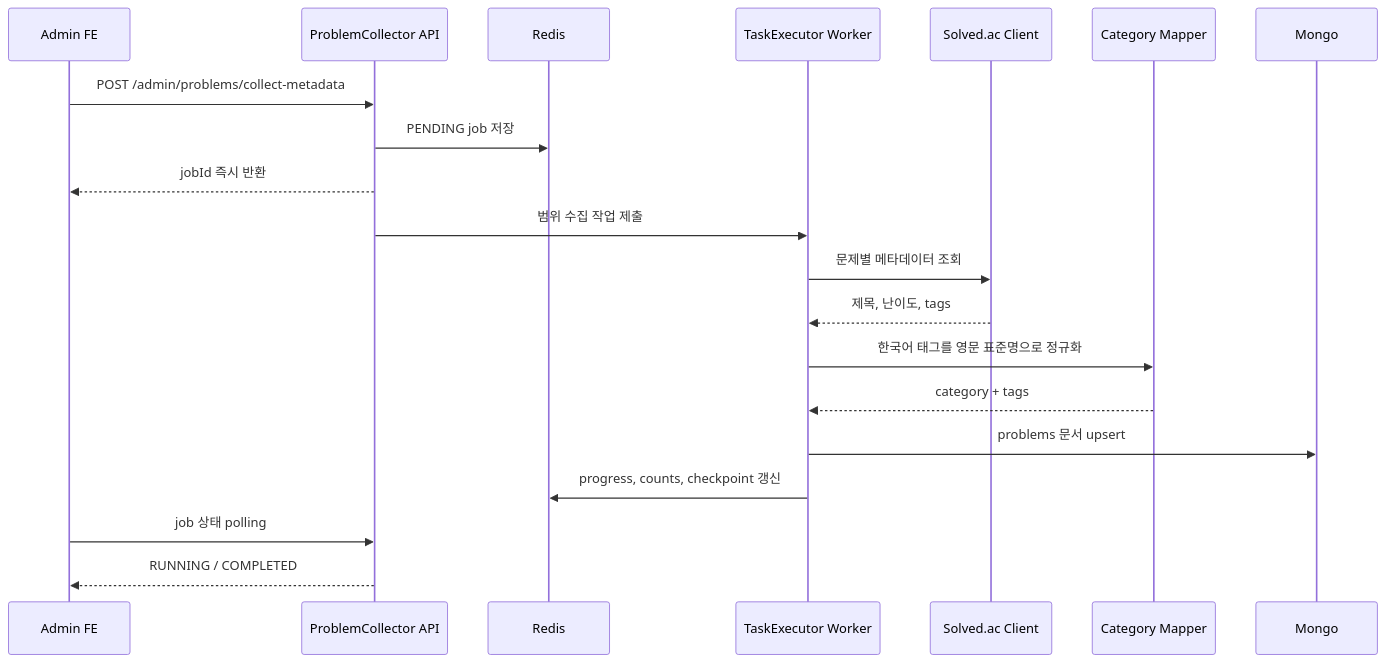
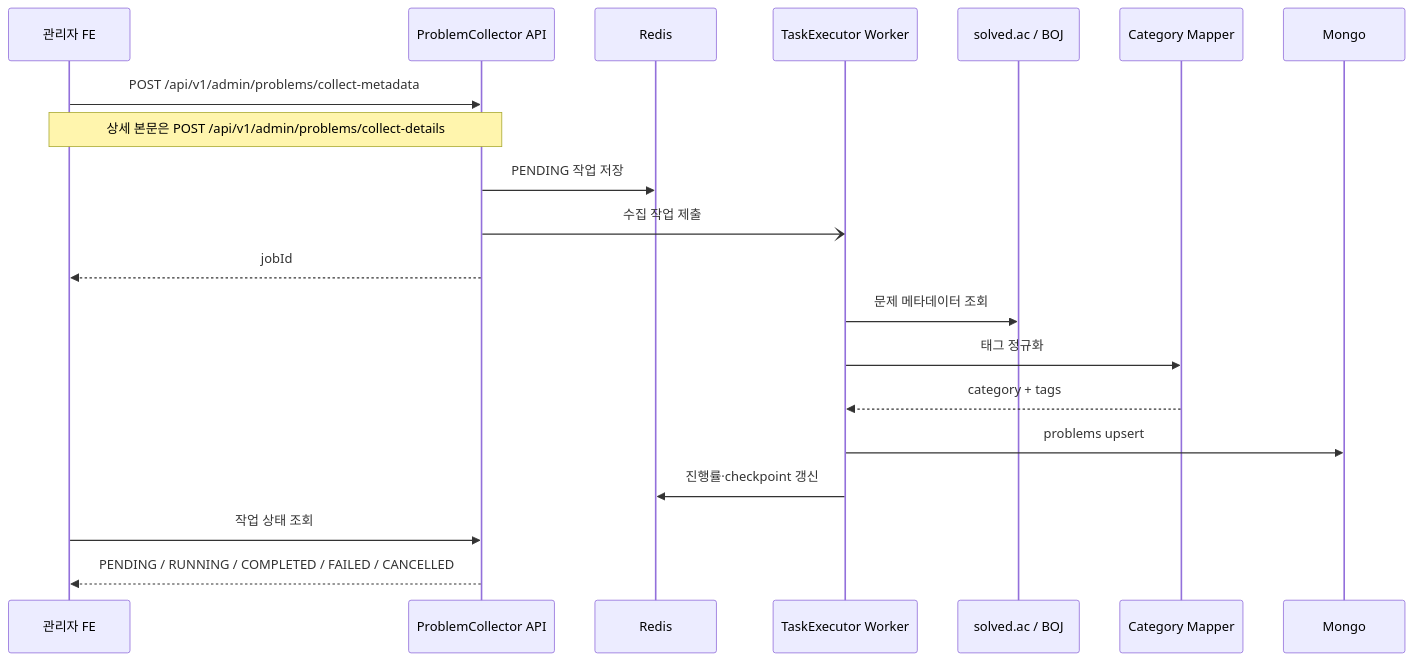
Before and after one commit to didim-log/didim-log-BE: the third of 5 diagrams in README.md, drawn with Mermaid. The commit also changed other lines of this file and 7 other files, not shown here.

````diff
--- a/README.md
+++ b/README.md
@@ -92,23 +123,23 @@
 ```mermaid
 sequenceDiagram
-    participant Admin as Admin FE
+    participant Admin as 관리자 FE
     participant API as ProblemCollector API
     participant Redis
     participant Worker as TaskExecutor Worker
-    participant Solved as Solved.ac Client
+    participant Source as solved.ac / BOJ
     participant Mapper as Category Mapper
     participant Mongo
 
-    Admin->>API: POST /admin/problems/collect-metadata
-    API->>Redis: PENDING job 저장
-    API-->>Admin: jobId 즉시 반환
-    API->>Worker: 범위 수집 작업 제출
-    Worker->>Solved: 문제별 메타데이터 조회
-    Solved-->>Worker: 제목, 난이도, tags
-    Worker->>Mapper: 한국어 태그를 영문 표준명으로 정규화
+    Admin->>API: POST /api/v1/admin/problems/collect-metadata
+    Note over Admin,API: 상세 본문은 POST /api/v1/admin/problems/collect-details
+    API->>Redis: PENDING 작업 저장
+    API-)Worker: 수집 작업 제출
+    API-->>Admin: jobId
+    Worker->>Source: 문제 메타데이터 조회
+    Worker->>Mapper: 태그 정규화
     Mapper-->>Worker: category + tags
-    Worker->>Mongo: problems 문서 upsert
-    Worker->>Redis: progress, counts, checkpoint 갱신
-    Admin->>API: job 상태 polling
-    API-->>Admin: RUNNING / COMPLETED
+    Worker->>Mongo: problems upsert
+    Worker->>Redis: 진행률·checkpoint 갱신
+    Admin->>API: 작업 상태 조회
+    API-->>Admin: PENDING / RUNNING / COMPLETED / FAILED / CANCELLED
 ```
````
